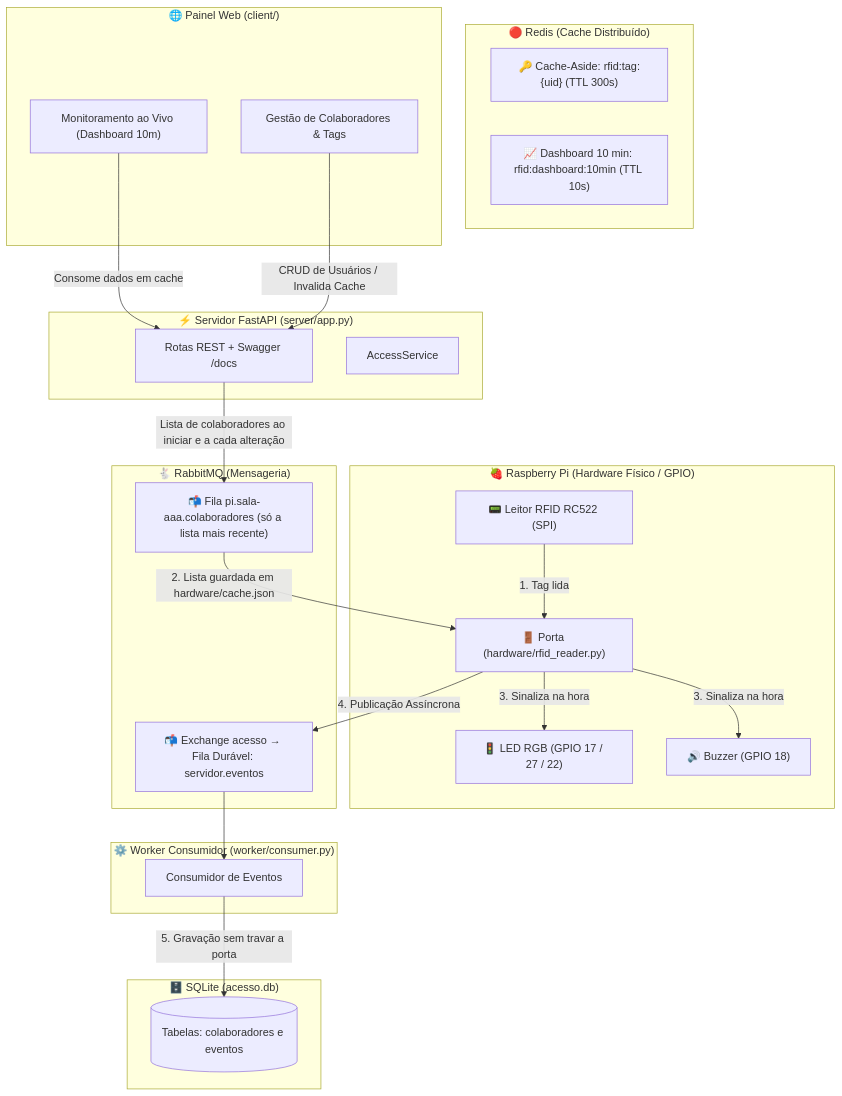
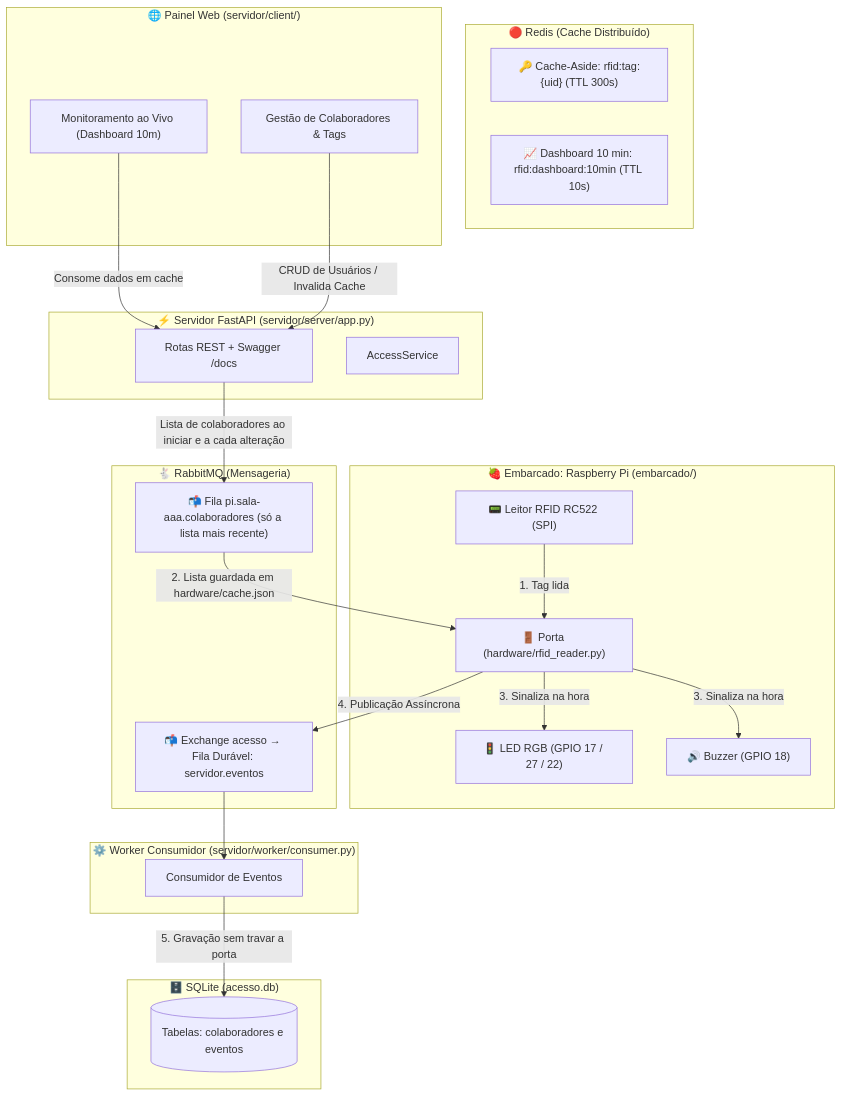
One commit to gabhmm/controle-acesso-rfid changed the diagram in README.md. Above: the diagram before and after it, drawn with Mermaid. The commit also changed other lines of this file and 40 other files, not shown here.

Commit message:
Separando Embarcado e Servidor em pastas: imports, requirements e testes separados

````diff
--- a/README.md
+++ b/README.md
@@ -9,48 +9,48 @@
 ```mermaid
 flowchart TD
-    subgraph Hardware ["🍓 Raspberry Pi (Hardware Físico / GPIO)"]
+    subgraph Hardware ["🍓 Embarcado: Raspberry Pi (embarcado/)"]
         RC522["📟 Leitor RFID RC522 (SPI)"]
         Porta["🚪 Porta (hardware/rfid_reader.py)"]
         LED["🚦 LED RGB (GPIO 17 / 27 / 22)"]
         BUZZ["🔊 Buzzer (GPIO 18)"]
     end
 
-    subgraph API_FastAPI ["⚡ Servidor FastAPI (server/app.py)"]
+    subgraph API_FastAPI ["⚡ Servidor FastAPI (servidor/server/app.py)"]
         API["Rotas REST + Swagger /docs"]
         Service["AccessService"]
     end
 
     subgraph Cache_Redis ["🔴 Redis (Cache Distribuído)"]
         R_Tag["🔑 Cache-Aside: rfid:tag:{uid} (TTL 300s)"]
         R_Dash["📈 Dashboard 10 min: rfid:dashboard:10min (TTL 10s)"]
     end
 
     subgraph Mensageria_RabbitMQ ["🐇 RabbitMQ (Mensageria)"]
         Queue["📬 Exchange acesso → Fila Durável: servidor.eventos"]
         QueuePi["📬 Fila pi.sala-aaa.colaboradores (só a lista mais recente)"]
     end
 
-    subgraph Background_Worker ["⚙️ Worker Consumidor (worker/consumer.py)"]
+    subgraph Background_Worker ["⚙️ Worker Consumidor (servidor/worker/consumer.py)"]
         Worker["Consumidor de Eventos"]
     end
 
     subgraph Database ["🗄️ SQLite (acesso.db)"]
         DB[(Tabelas: colaboradores e eventos)]
     end
 
-    subgraph WebClient ["🌐 Painel Web (client/)"]
+    subgraph WebClient ["🌐 Painel Web (servidor/client/)"]
         WebAdmin["Gestão de Colaboradores & Tags"]
         WebMonitor["Monitoramento ao Vivo (Dashboard 10m)"]
     end
 
     RC522 -->|1. Tag lida| Porta
     API -->|Lista de colaboradores ao iniciar e a cada alteração| QueuePi
     QueuePi -->|2. Lista guardada em hardware/cache.json| Porta
     Porta -->|3. Sinaliza na hora| LED
     Porta -->|3. Sinaliza na hora| BUZZ
     Porta -->|4. Publicação Assíncrona| Queue
     Queue --> Worker
     Worker -->|5. Gravação sem travar a porta| DB
     WebMonitor -->|Consome dados em cache| API
     WebAdmin -->|CRUD de Usuários / Invalida Cache| API
 ```
````
